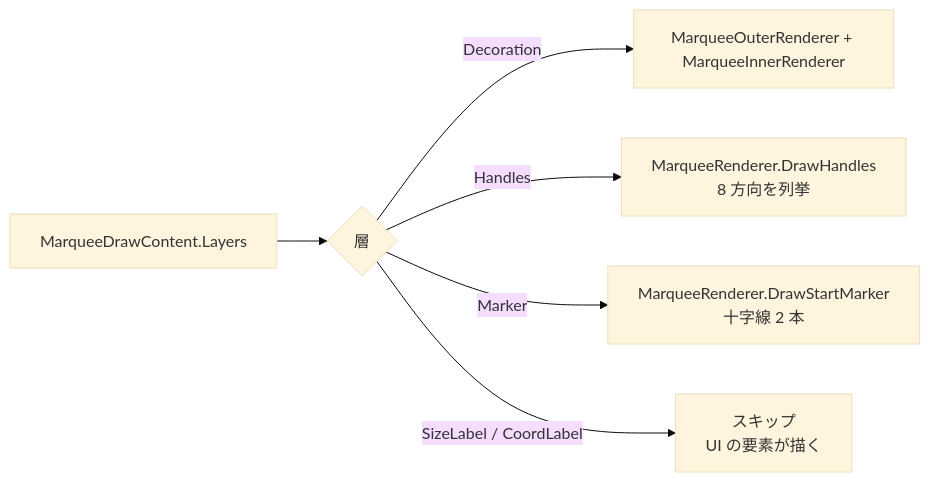
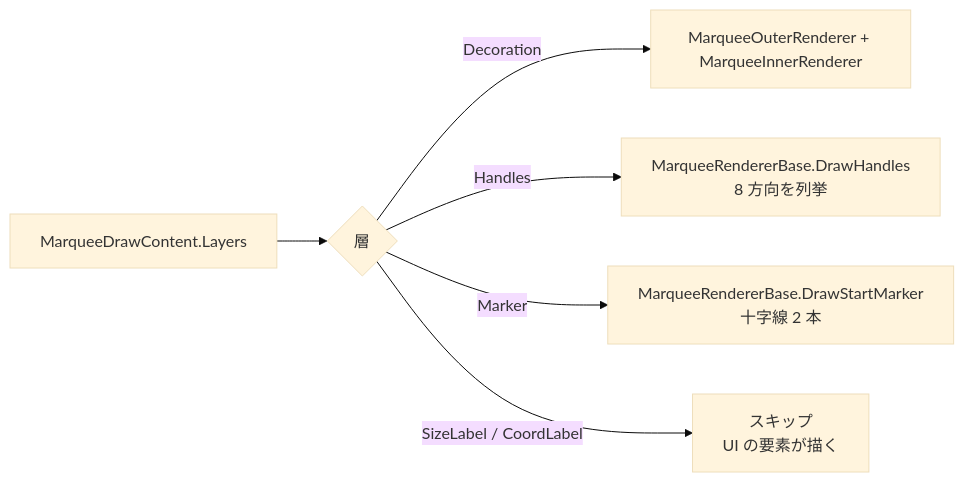
One commit to tomokuni/SaveEvidence changed the second of 4 diagrams in src/MarqueeControl.UIBase/SPEC_System.md. Above: the diagram before and after it, drawn with Mermaid (base theme). The commit also changed other lines of this file and 95 other files, not shown here.

````diff
--- a/src/MarqueeControl.UIBase/SPEC_System.md
+++ b/src/MarqueeControl.UIBase/SPEC_System.md
@@ -73,8 +73,8 @@
 ```mermaid
 flowchart LR
     A[MarqueeDrawContent.Layers] --> B{層}
     B -->|Decoration| C[MarqueeOuterRenderer + MarqueeInnerRenderer]
-    B -->|Handles| D[MarqueeRenderer.DrawHandles<br/>8 方向を列挙]
-    B -->|Marker| E[MarqueeRenderer.DrawStartMarker<br/>十字線 2 本]
+    B -->|Handles| D[MarqueeRendererBase.DrawHandles<br/>8 方向を列挙]
+    B -->|Marker| E[MarqueeRendererBase.DrawStartMarker<br/>十字線 2 本]
     B -->|SizeLabel / CoordLabel| F[スキップ<br/>UI の要素が描く]
 ```
````
